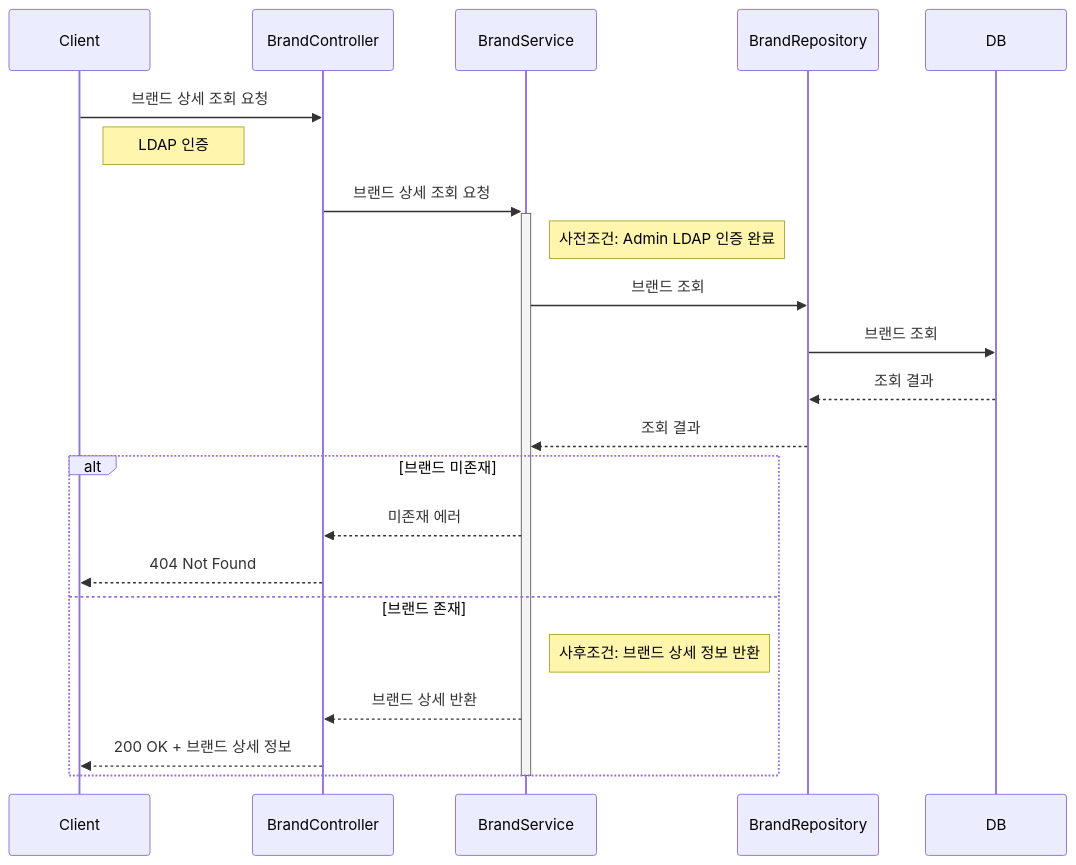
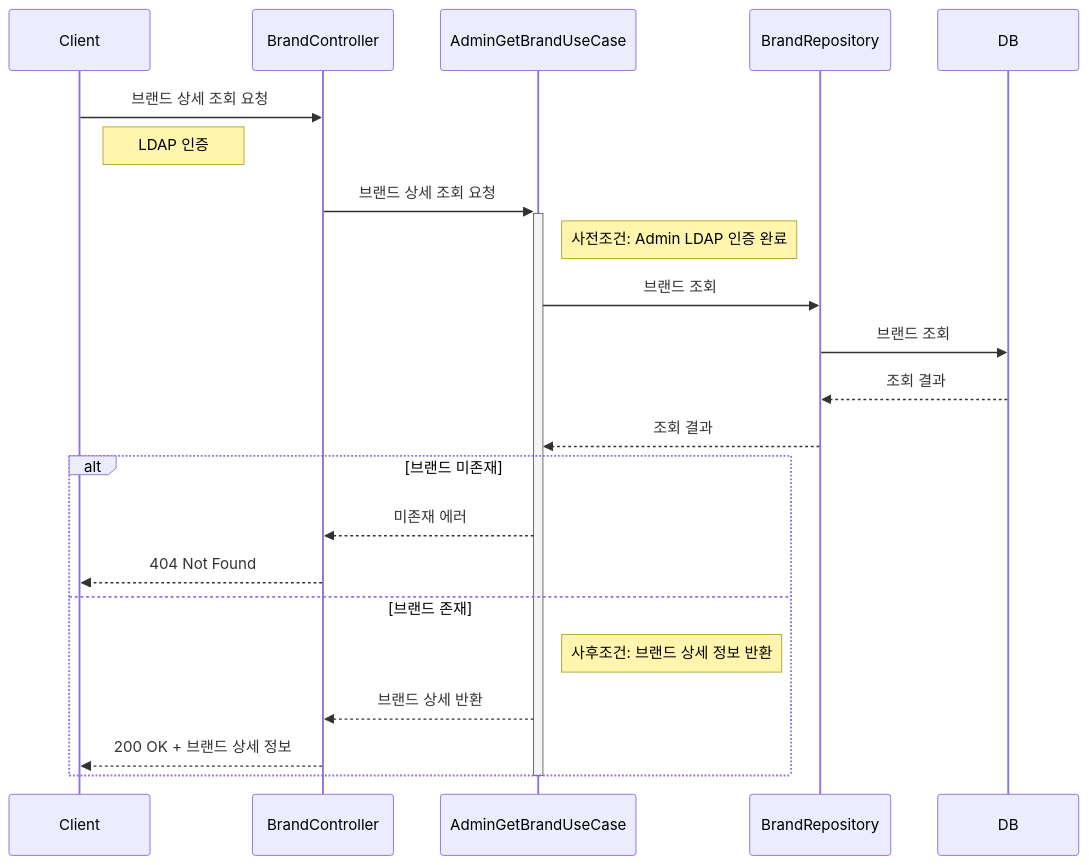
The sixth of 25 diagrams in docs/design/02-sequence-diagrams.md (Loopers-dev-lab/loop-pack-be-l2-vol3-kotlin), drawn with Mermaid before and after one commit. The commit also changed other lines of this file and 1 other file, not shown here.

Commit message:
docs(design): 설계 변경사항 적용

````diff
--- a/docs/design/02-sequence-diagrams.md
+++ b/docs/design/02-sequence-diagrams.md
@@ -270,29 +270,29 @@
 ```mermaid
 sequenceDiagram
     participant Client
     participant BrandController
-    participant BrandService
+    participant AdminGetBrandUseCase
     participant BrandRepository
     participant DB
 
     Client->>BrandController: 브랜드 상세 조회 요청
     Note right of Client: LDAP 인증
-    BrandController->>+BrandService: 브랜드 상세 조회 요청
+    BrandController->>+AdminGetBrandUseCase: 브랜드 상세 조회 요청
 
-    Note right of BrandService: 사전조건: Admin LDAP 인증 완료
+    Note right of AdminGetBrandUseCase: 사전조건: Admin LDAP 인증 완료
 
-    BrandService->>BrandRepository: 브랜드 조회
+    AdminGetBrandUseCase->>BrandRepository: 브랜드 조회
     BrandRepository->>DB: 브랜드 조회
     DB-->>BrandRepository: 조회 결과
-    BrandRepository-->>BrandService: 조회 결과
+    BrandRepository-->>AdminGetBrandUseCase: 조회 결과
 
     alt 브랜드 미존재
-        BrandService-->>BrandController: 미존재 에러
+        AdminGetBrandUseCase-->>BrandController: 미존재 에러
         BrandController-->>Client: 404 Not Found
     else 브랜드 존재
-        Note right of BrandService: 사후조건: 브랜드 상세 정보 반환
-        BrandService-->>BrandController: 브랜드 상세 반환
+        Note right of AdminGetBrandUseCase: 사후조건: 브랜드 상세 정보 반환
+        AdminGetBrandUseCase-->>BrandController: 브랜드 상세 반환
         BrandController-->>Client: 200 OK + 브랜드 상세 정보
     end
-    deactivate BrandService
+    deactivate AdminGetBrandUseCase
 ```
````
